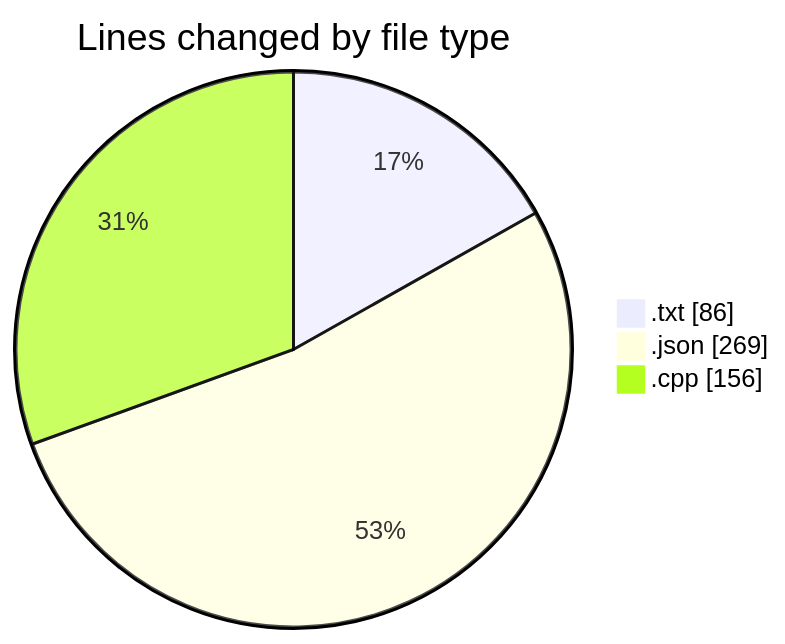
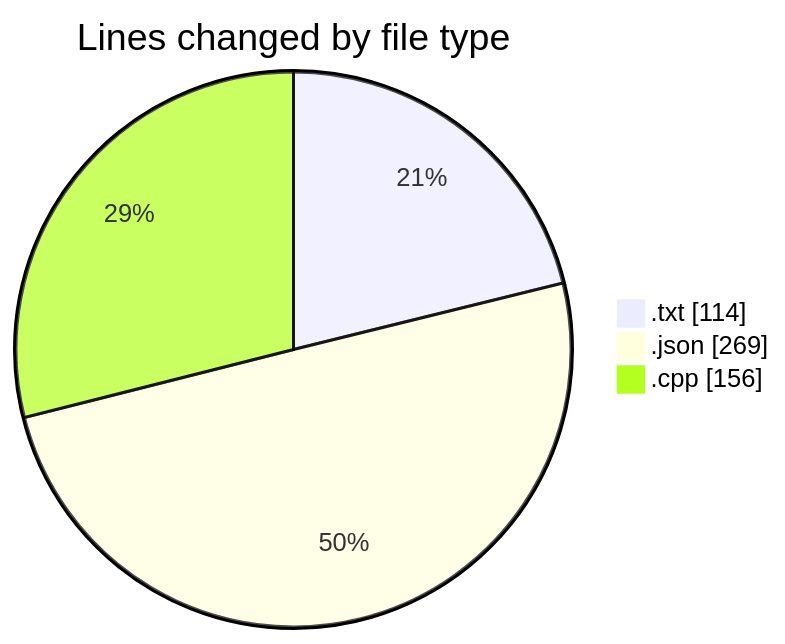
One commit to Netris89/code-tracking changed the first of 2 diagrams in 2025-04-07/echo/README.md. Above: the diagram before and after it, drawn with Mermaid. The commit also changed other lines of this file and 1 other file, not shown here.

````diff
--- a/2025-04-07/echo/README.md
+++ b/2025-04-07/echo/README.md
@@ -23,7 +23,7 @@
 ```mermaid
 pie showData
 title Lines changed by file type
-".txt" : 86
+".txt" : 114
 ".json" : 269
 ".cpp" : 156
 ```
````
